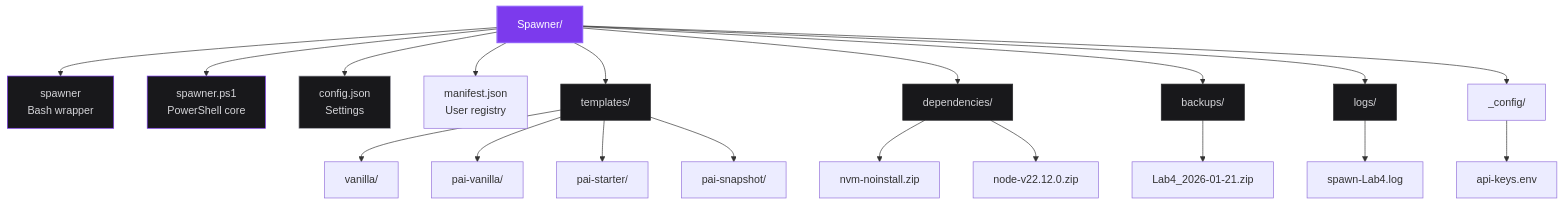
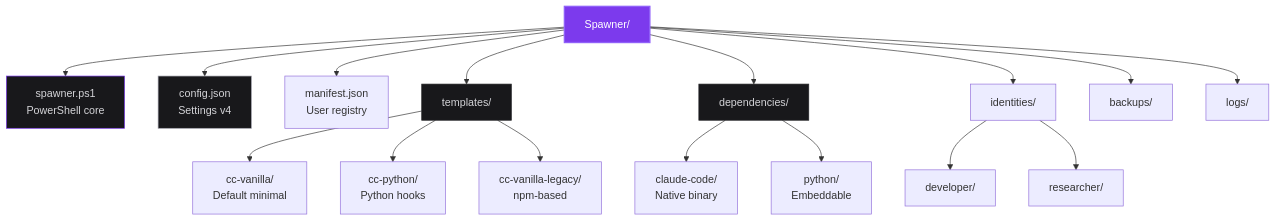
The sixth of 6 diagrams in docs/ARCHITECTURE-DIAGRAMS.md (brrhlv/cc-spawner), drawn with Mermaid before and after one commit. The commit also changed other lines of this file and 961 other files, not shown here.

````diff
--- a/docs/ARCHITECTURE-DIAGRAMS.md
+++ b/docs/ARCHITECTURE-DIAGRAMS.md
@@ -156,35 +156,28 @@
 ```mermaid
 graph TD
-    Root[Spawner/] --> CLI[spawner<br/>Bash wrapper]
-    Root --> PS[spawner.ps1<br/>PowerShell core]
-    Root --> Config[config.json<br/>Settings]
+    Root[Spawner/] --> PS[spawner.ps1<br/>PowerShell core]
+    Root --> Config[config.json<br/>Settings v4]
     Root --> Manifest[manifest.json<br/>User registry]
 
     Root --> Templates[templates/]
-    Templates --> TV[vanilla/]
-    Templates --> TPV[pai-vanilla/]
-    Templates --> TPS[pai-starter/]
-    Templates --> TPC[pai-snapshot/]
+    Templates --> TV[cc-vanilla/<br/>Default minimal]
+    Templates --> TP[cc-python/<br/>Python hooks]
+    Templates --> TL[cc-vanilla-legacy/<br/>npm-based]
 
     Root --> Deps[dependencies/]
-    Deps --> DNvm[nvm-noinstall.zip]
-    Deps --> DNode[node-v22.12.0.zip]
+    Deps --> DClaude[claude-code/<br/>Native binary]
+    Deps --> DPython[python/<br/>Embeddable]
+
+    Root --> Identities[identities/]
+    Identities --> IDev[developer/]
+    Identities --> IRes[researcher/]
 
     Root --> Backups[backups/]
-    Backups --> BFile[Lab4_2026-01-21.zip]
-
     Root --> Logs[logs/]
-    Logs --> LFile[spawn-Lab4.log]
-
-    Root --> CfgDir[_config/]
-    CfgDir --> APIKeys[api-keys.env]
 
     style Root fill:#7C3AED,stroke:#9061F9,stroke-width:2px,color:#fff
-    style CLI fill:#18181B,stroke:#7C3AED,color:#D4D4D8
     style PS fill:#18181B,stroke:#7C3AED,color:#D4D4D8
     style Config fill:#18181B,stroke:#A1A1AA,color:#D4D4D8
     style Templates fill:#18181B,stroke:#27272A,color:#D4D4D8
     style Deps fill:#18181B,stroke:#27272A,color:#D4D4D8
-    style Backups fill:#18181B,stroke:#27272A,color:#D4D4D8
-    style Logs fill:#18181B,stroke:#27272A,color:#D4D4D8
 ```
````
